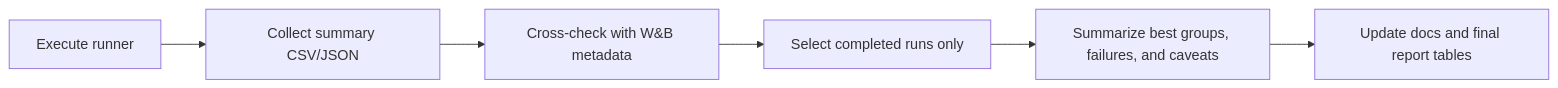
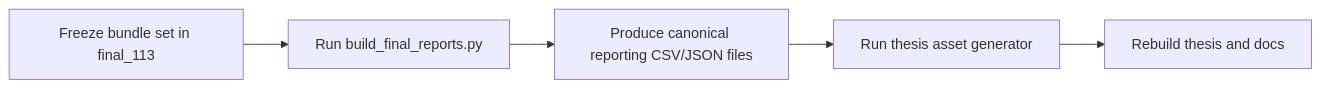
One commit to haiderrmasood99/thesis changed the diagram in docs/04_reporting_and_artifacts.md. Above: the diagram before and after it, drawn with Mermaid. The commit also changed other lines of this file and 30 other files, not shown here.

````diff
--- a/docs/04_reporting_and_artifacts.md
+++ b/docs/04_reporting_and_artifacts.md
@@ -25,8 +26,7 @@
 ```mermaid
 flowchart LR
-    A["Execute runner"] --> B["Collect summary CSV/JSON"]
-    B --> C["Cross-check with W&B metadata"]
-    C --> D["Select completed runs only"]
-    D --> E["Summarize best groups, failures, and caveats"]
-    E --> F["Update docs and final report tables"]
+    A["Freeze bundle set in final_113"] --> B["Run build_final_reports.py"]
+    B --> C["Produce canonical reporting CSV/JSON files"]
+    C --> D["Run thesis asset generator"]
+    D --> E["Rebuild thesis and docs"]
 ```
````
